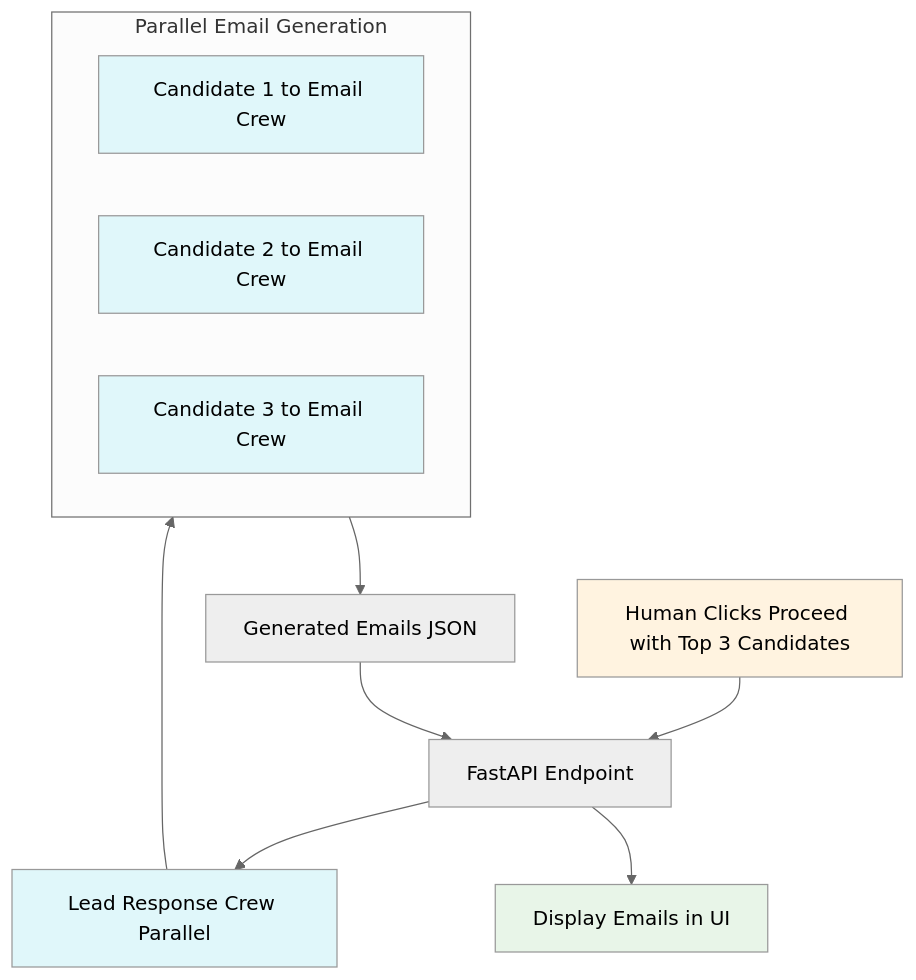
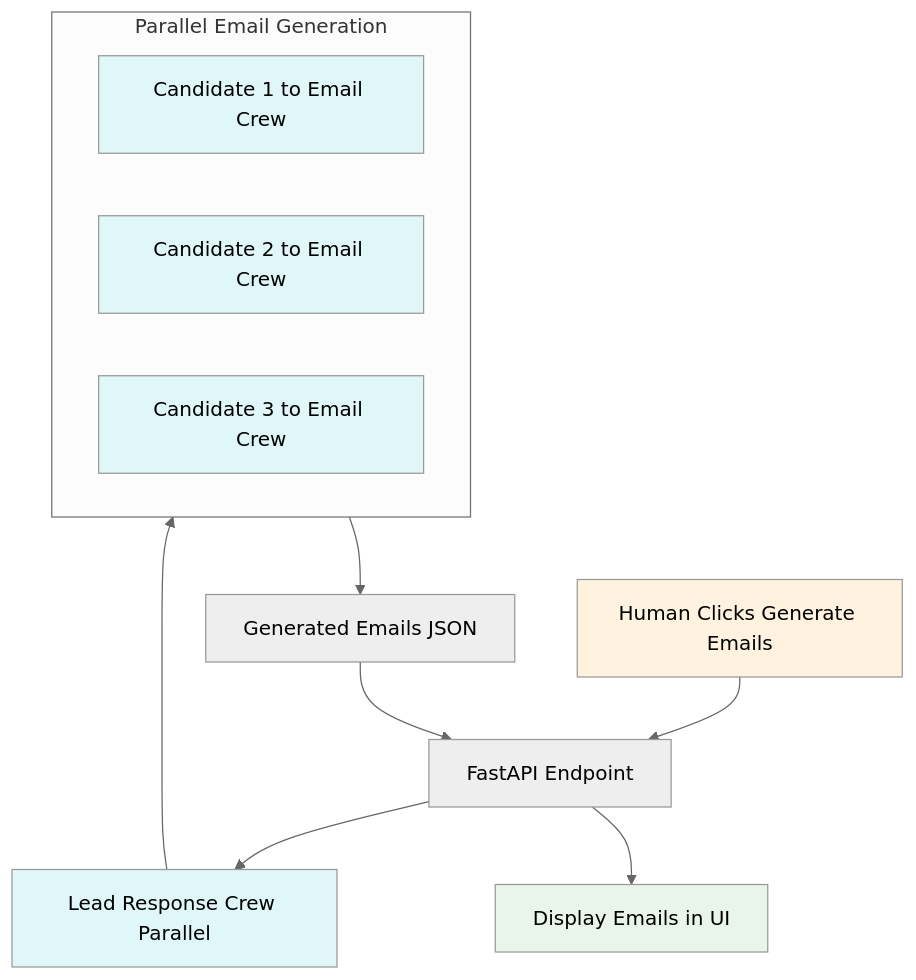
Before and after one commit to learnwithparam/monkey-kata: the fifth of 5 diagrams in api/demos/lead_scoring/README.md, drawn with Mermaid (neutral theme). The commit also changed other lines of this file, not shown here.

````diff
--- a/api/demos/lead_scoring/README.md
+++ b/api/demos/lead_scoring/README.md
@@ -170,23 +170,23 @@
   ```mermaid
   graph TD
-      A[Human Clicks Proceed with Top 3 Candidates] --> B[FastAPI Endpoint]
+      A[Human Clicks Generate Emails] --> B[FastAPI Endpoint]
       B --> C[Lead Response Crew Parallel]
       
       subgraph Parallel[Parallel Email Generation]
           C1[Candidate 1 to Email Crew]
           C2[Candidate 2 to Email Crew]
           C3[Candidate 3 to Email Crew]
       end
       
       C --> Parallel
       Parallel --> D[Generated Emails JSON]
       D --> B
       B --> E[Display Emails in UI]
 
       style A fill:#fff3e0
       style C fill:#e0f7fa
       style C1 fill:#e0f7fa
       style C2 fill:#e0f7fa
       style C3 fill:#e0f7fa
       style E fill:#e8f5e8
   ```
````
